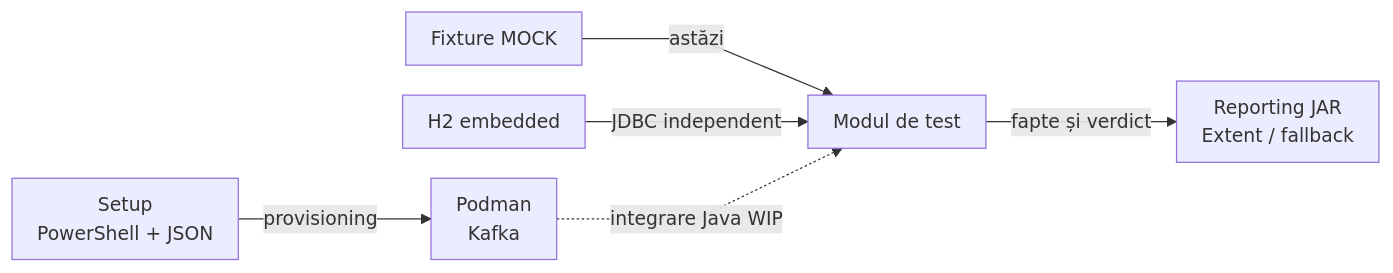
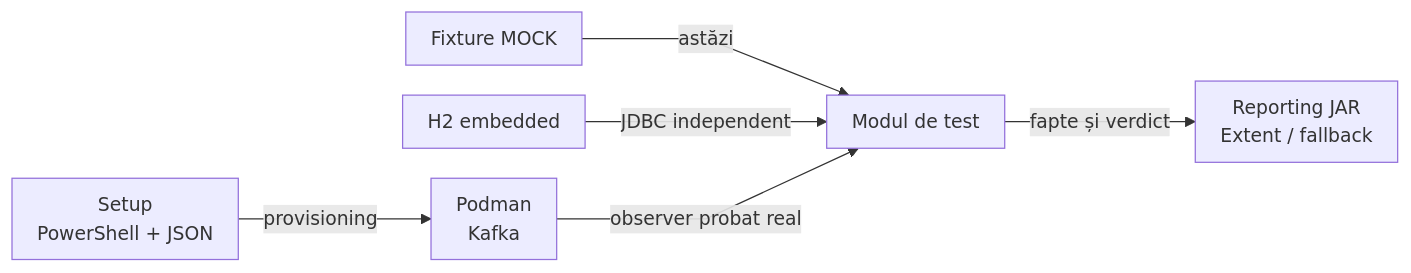
One commit to crististefanita/atf_j2 changed the diagram in docs/ATF_J2_Scope.md. Above: the diagram before and after it, drawn with Mermaid. The commit also changed other lines of this file and 108 other files, not shown here.

````diff
--- a/docs/ATF_J2_Scope.md
+++ b/docs/ATF_J2_Scope.md
@@ -50,9 +50,9 @@
 ```mermaid
 %%{init: {"themeVariables":{"fontSize":"15px"},"themeCSS":".nodeLabel, .nodeLabel p { font-size: 15px !important; line-height: 1.35 !important; } .edgeLabel, .edgeLabel p { font-size: 12px !important; font-weight: 400 !important; line-height: 1.2 !important; } .edgeLabel .labelBkg, .edgeLabel p { background: transparent !important; } .edgeLabel foreignObject { transform: translateY(-18px); overflow: visible; } .node rect { rx: 6px; ry: 6px; }","flowchart":{"curve":"linear","nodeSpacing":24,"rankSpacing":40,"padding":10,"diagramPadding":16}}}%%
 flowchart LR
     Setup["Setup<br/>PowerShell + JSON"] -->|provisioning| Podman["Podman<br/>Kafka"]
     Mock["Fixture MOCK"] -->|astăzi| Tests["Modul de test"]
     SQL["H2 embedded"] -->|JDBC independent| Tests
-    Podman -.->|integrare Java WIP| Tests
+    Podman -->|observer probat real| Tests
     Tests -->|fapte și verdict| Report["Reporting JAR<br/>Extent / fallback"]
 ```
````
